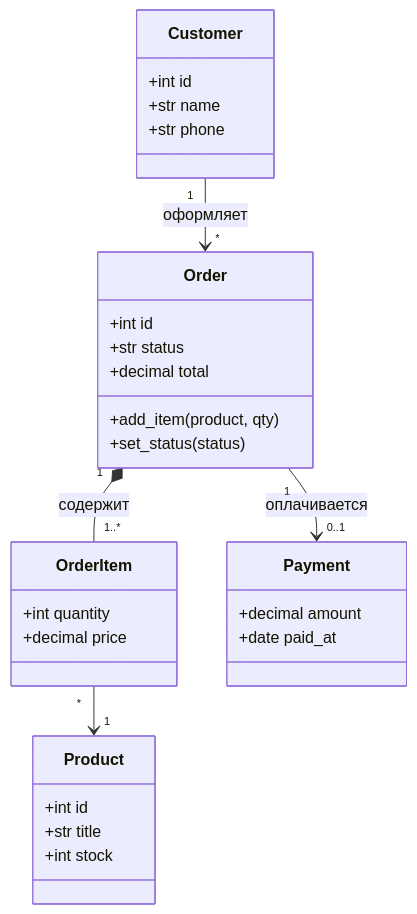
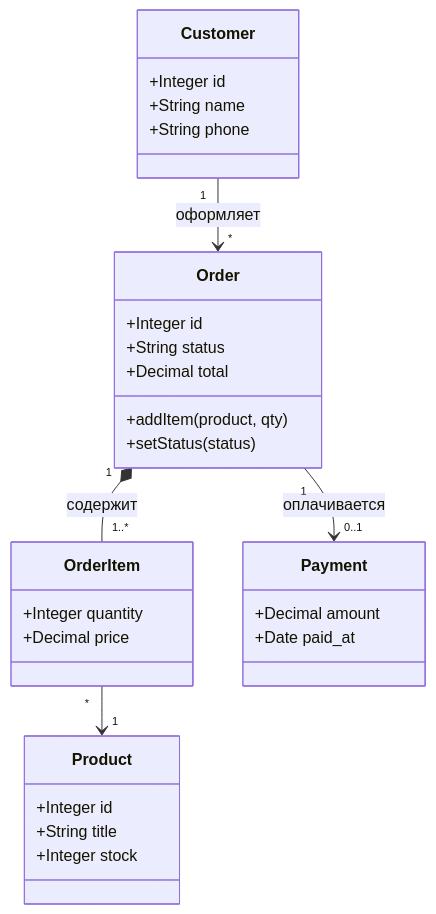
Before and after one commit to starpxand/bpm-modeling-wiki: the third of 3 diagrams in docs/notations/uml.md, drawn with Mermaid. The commit also changed other lines of this file and 10 other files, not shown here.

First line of the commit message:
docs: ссылки на источники с номерами общего списка, уточнения UML/BPMN/ERD/Flow Chart, оформление источников

````diff
--- a/docs/notations/uml.md
+++ b/docs/notations/uml.md
@@ -117,32 +120,32 @@
     ```mermaid
     classDiagram
         class Customer {
-            +int id
-            +str name
-            +str phone
+            +Integer id
+            +String name
+            +String phone
         }
         class Order {
-            +int id
-            +str status
-            +decimal total
-            +add_item(product, qty)
-            +set_status(status)
+            +Integer id
+            +String status
+            +Decimal total
+            +addItem(product, qty)
+            +setStatus(status)
         }
         class OrderItem {
-            +int quantity
-            +decimal price
+            +Integer quantity
+            +Decimal price
         }
         class Product {
-            +int id
-            +str title
-            +int stock
+            +Integer id
+            +String title
+            +Integer stock
         }
         class Payment {
-            +decimal amount
-            +date paid_at
+            +Decimal amount
+            +Date paid_at
         }
         Customer "1" --> "*" Order : оформляет
         Order "1" *-- "1..*" OrderItem : содержит
         OrderItem "*" --> "1" Product
         Order "1" --> "0..1" Payment : оплачивается
     ```
````
